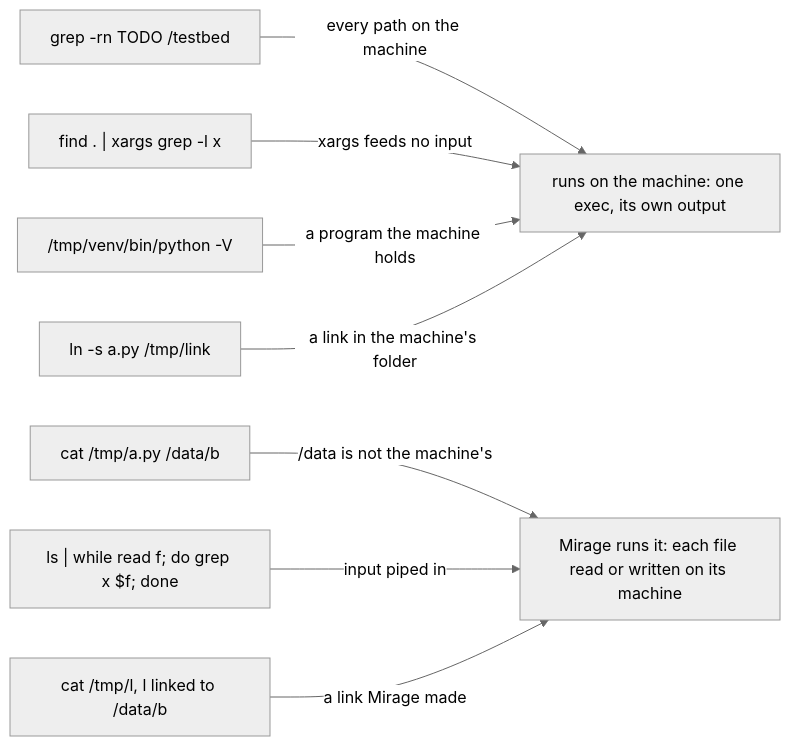
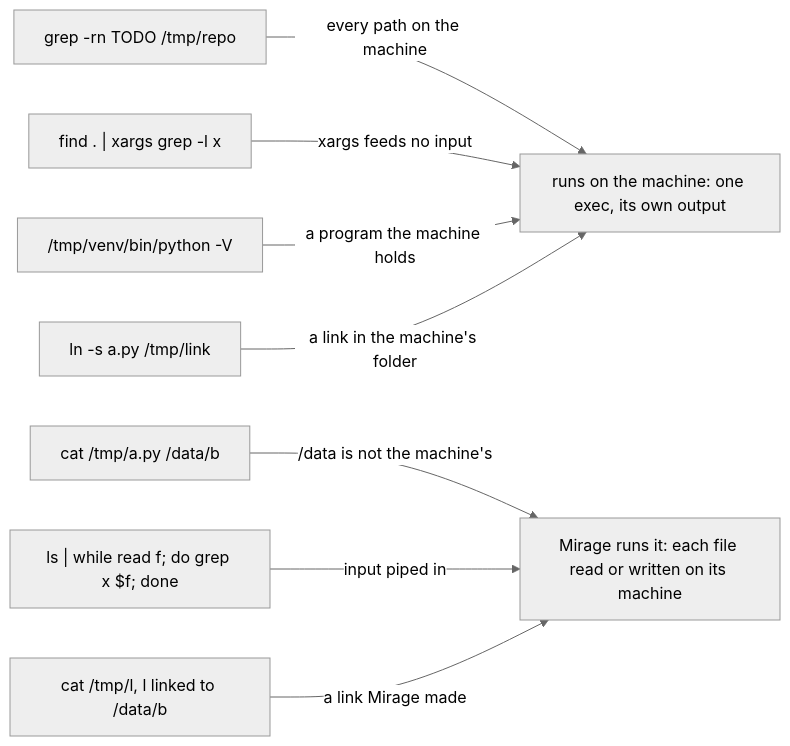
The first of 2 diagrams in docs/home/setup/machine/local.mdx (strukto-ai/mirage), drawn with Mermaid (neutral theme) before and after one commit. The commit also changed other lines of this file and 23 other files, not shown here.

Commit message:
feat(machine): '@<machine>' names whose files a mount shows; config and constructor refuse an unknown machine; docs on /tmp

````diff
--- a/docs/home/setup/machine/local.mdx
+++ b/docs/home/setup/machine/local.mdx
@@ -104,12 +150,12 @@
 ```mermaid
 flowchart LR
-    G["grep -rn TODO /testbed"] -- "every path on the machine" --> R
+    G["grep -rn TODO /tmp/repo"] -- "every path on the machine" --> R
     X["find . | xargs grep -l x"] -- "xargs feeds no input" --> R
     V["/tmp/venv/bin/python -V"] -- "a program the machine holds" --> R
     L["ln -s a.py /tmp/link"] -- "a link in the machine's folder" --> R
     C["cat /tmp/a.py /data/b"] -- "/data is not the machine's" --> M
     P["ls | while read f; do grep x $f; done"] -- "input piped in" --> M
     D["cat /tmp/l, l linked to /data/b"] -- "a link Mirage made" --> M
     R["runs on the machine: one exec, its own output"]
     M["Mirage runs it: each file read or written on its machine"]
 ```
````
